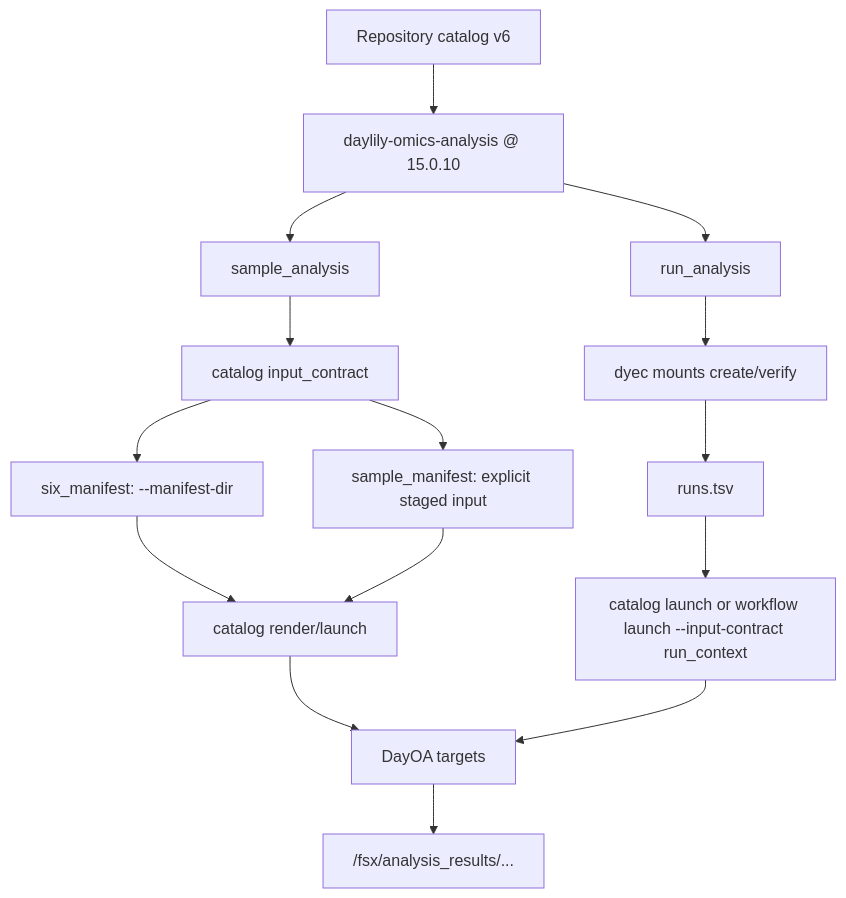
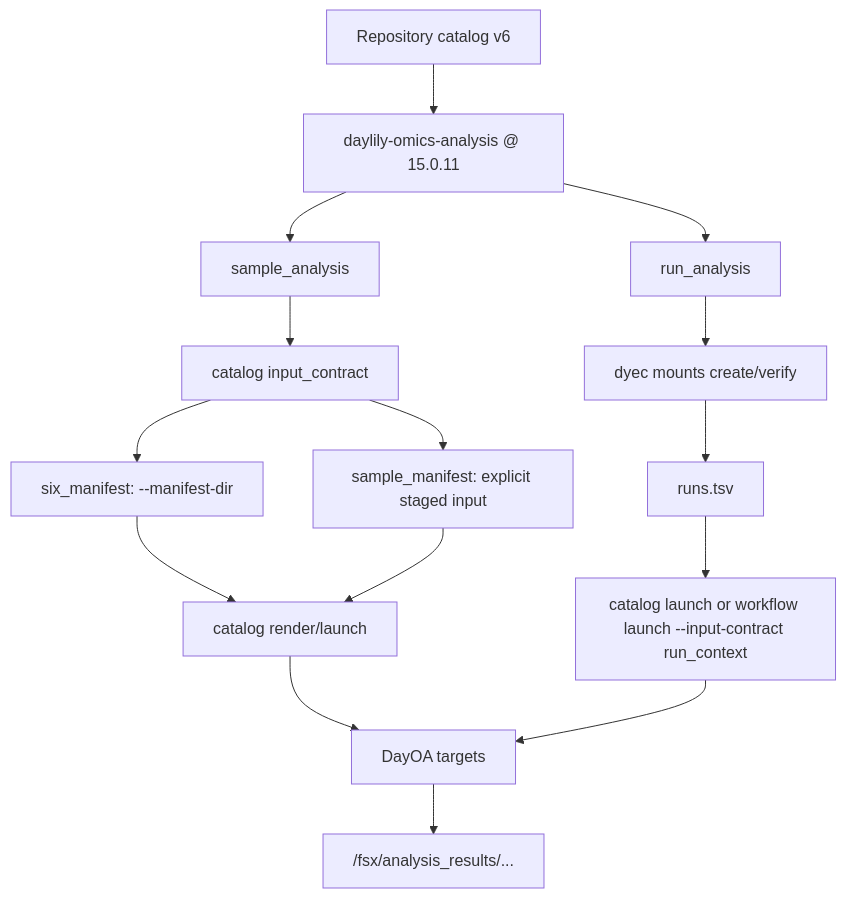
The third of 3 diagrams in docs/dra_fsx_strategy.md (Daylily-Informatics/daylily-ephemeral-cluster), drawn with Mermaid before and after one commit. The commit also changed other lines of this file and 29 other files, not shown here.

````diff
--- a/docs/dra_fsx_strategy.md
+++ b/docs/dra_fsx_strategy.md
@@ -110,20 +110,20 @@
 ```mermaid
 flowchart TB
-  Catalog["Repository catalog v6"] --> Repo["daylily-omics-analysis @ 15.0.10"]
+  Catalog["Repository catalog v6"] --> Repo["daylily-omics-analysis @ 15.0.11"]
   Repo --> Sample["sample_analysis"]
   Repo --> Run["run_analysis"]
 
   Sample --> Contract["catalog input_contract"]
   Contract --> Six["six_manifest: --manifest-dir"]
   Contract --> Legacy["sample_manifest: explicit staged input"]
   Six --> LaunchA["catalog render/launch"]
   Legacy --> LaunchA
 
   Run --> Mount["dyec mounts create/verify"]
   Mount --> Runs["runs.tsv"]
   Runs --> LaunchB["catalog launch or workflow launch --input-contract run_context"]
 
   LaunchA --> DayOA["DayOA targets"]
   LaunchB --> DayOA
   DayOA --> Results["/fsx/analysis_results/..."]
 ```
````
